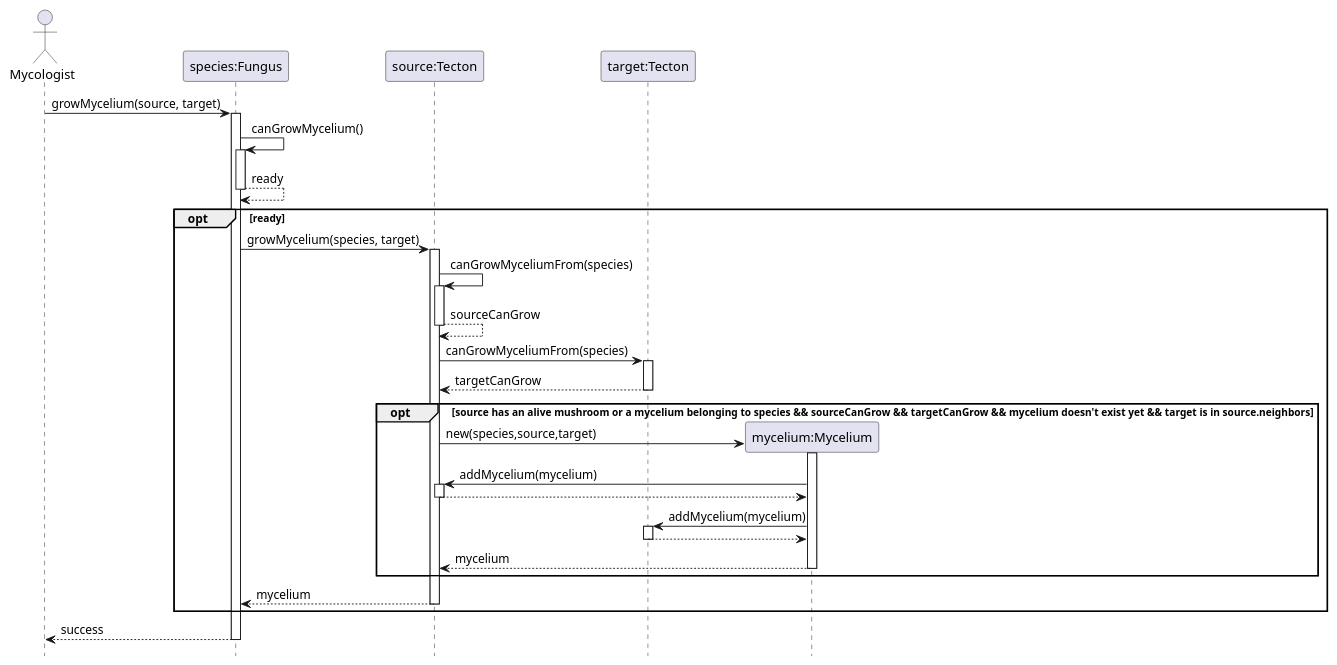
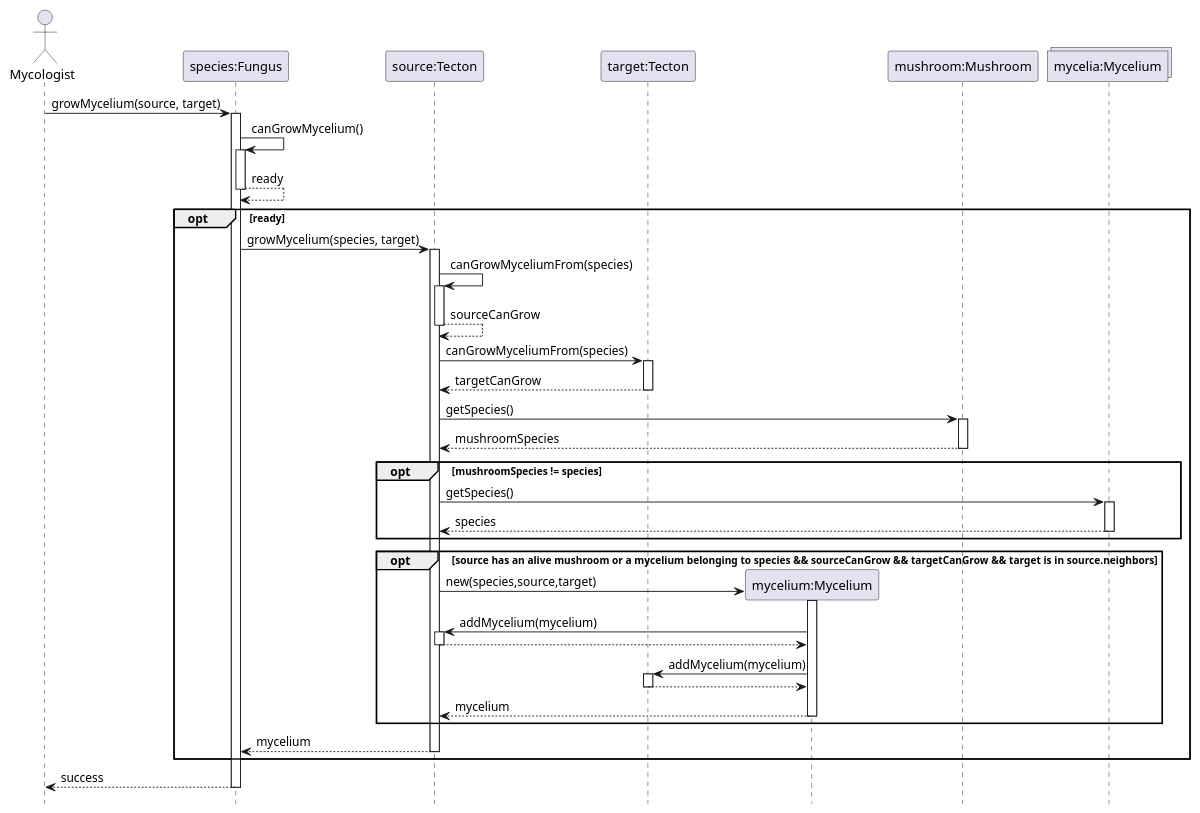
The diagram in SeqAndClassDiagrams/Mycelium/mycelium-grow.pu (ZD4ve/projlab-error521), drawn with PlantUML before and after one commit. The commit also changed 4 other files, not shown here.

Commit message:
more grow-mycelium fixes

```diff
--- a/SeqAndClassDiagrams/Mycelium/mycelium-grow.pu
+++ b/SeqAndClassDiagrams/Mycelium/mycelium-grow.pu
@@ -1,47 +1,60 @@
 @startuml Mycelium/mycelium-grow
 hide footbox
 
 actor Mycologist
 participant "species:Fungus" as species
 participant "source:Tecton" as source
 participant "target:Tecton" as target
 participant "mycelium:Mycelium" as mycelium
+participant "mushroom:Mushroom" as mushroom
+collections "mycelia:Mycelium" as mycelia
 
 Mycologist -> species : growMycelium(source, target)
 activate species
 
 species -> species : canGrowMycelium()
 activate species
 return ready
 
 opt ready
 species -> source : growMycelium(species, target)
 activate source
     source -> source : canGrowMyceliumFrom(species)
     activate source
     return sourceCanGrow
 
-    source -> target : canGrowMyceliumFrom(species) 
-    ' ^check in implementation: (gombatest or mycelium) and (mycelium species count < limit)
+    source -> target : canGrowMyceliumFrom(species)
     activate target
     return targetCanGrow
-    opt source has an alive mushroom or a mycelium belonging to species && sourceCanGrow && targetCanGrow && mycelium doesn't exist yet && target is in source.neighbors
+
+    source -> mushroom : getSpecies()
+    activate mushroom
+    return mushroomSpecies
+
+    opt mushroomSpecies != species
+        source -> mycelia : getSpecies()
+        activate mycelia
+        return species
+    end
+
+
+    opt source has an alive mushroom or a mycelium belonging to species && sourceCanGrow && targetCanGrow && target is in source.neighbors
         create mycelium
         source -> mycelium : new(species,source,target)
         activate mycelium
 
         mycelium -> source : addMycelium(mycelium)
         activate source
         return
 
         mycelium -> target : addMycelium(mycelium)
         activate target
         return
 
         return mycelium
     end
 return mycelium
 end
 
 return success
 @enduml
```
